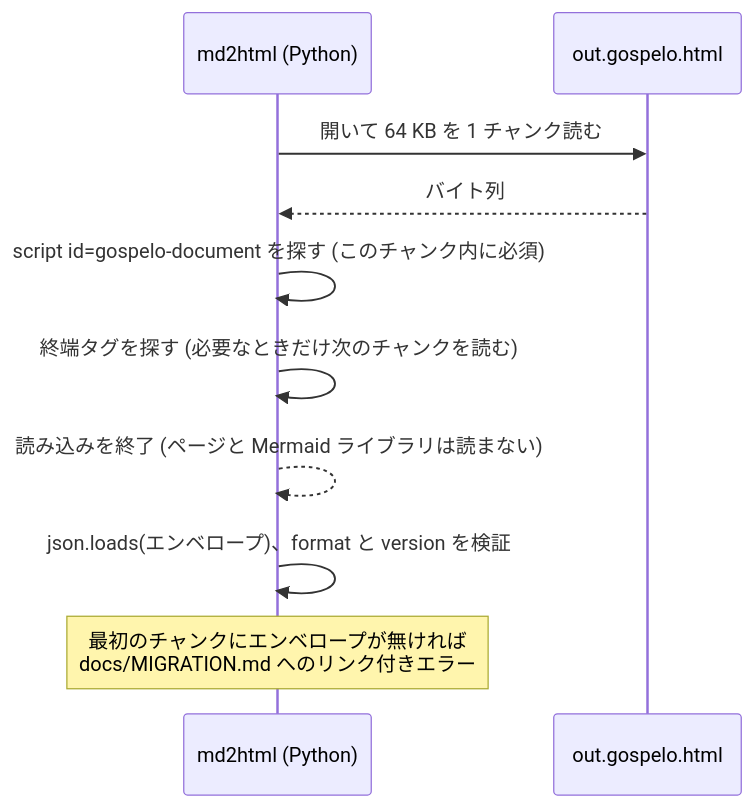
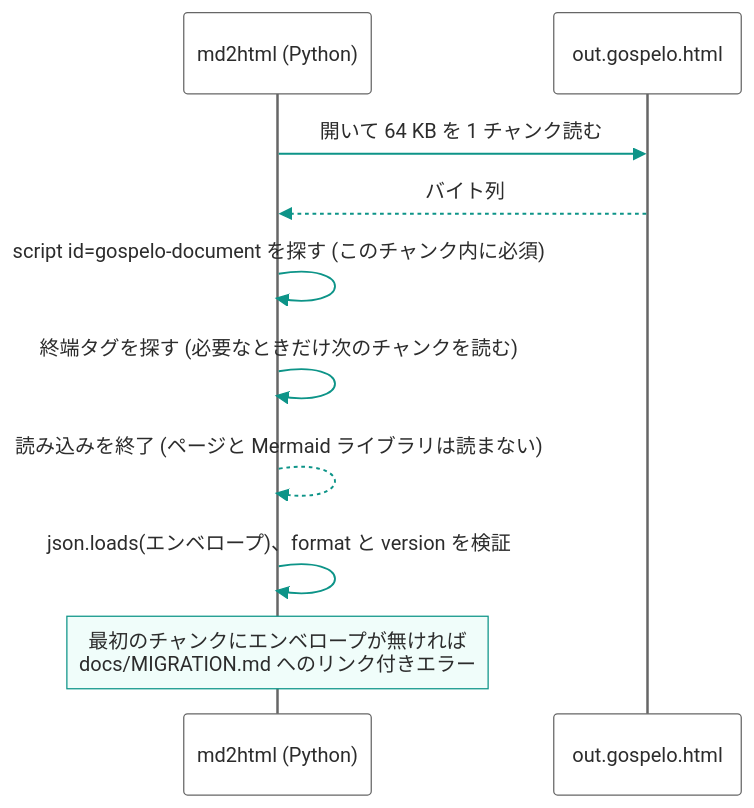
The fourth of 5 diagrams in docs/ARCHITECTURE_ja.md (gospelo-dev/md2html), drawn with Mermaid before and after one commit. The commit also changed other lines of this file and 1 other file, not shown here.

Commit message:
docs: apply the palette to the sequence diagrams in ARCHITECTURE (en/ja)

````diff
--- a/docs/ARCHITECTURE_ja.md
+++ b/docs/ARCHITECTURE_ja.md
@@ -135,13 +135,14 @@
 ```mermaid
+%%{init: {'theme': 'base', 'themeVariables': {'actorBkg': '#FFFFFF', 'actorBorder': '#666666', 'actorTextColor': '#2C2C2C', 'signalColor': '#0D9488', 'signalTextColor': '#2C2C2C', 'noteBkgColor': '#F0FDFA', 'noteBorderColor': '#0D9488', 'noteTextColor': '#2C2C2C', 'activationBkgColor': '#F8FAFC', 'activationBorderColor': '#94A3B8', 'loopTextColor': '#2C2C2C', 'labelBoxBkgColor': '#F0FDFA', 'labelBoxBorderColor': '#0D9488', 'labelTextColor': '#2C2C2C'}}}%%
 sequenceDiagram
     participant T as md2html (Python)
     participant F as out.gospelo.html
 
     T->>F: 開いて 64 KB を 1 チャンク読む
     F-->>T: バイト列
     T->>T: script id=gospelo-document を探す (このチャンク内に必須)
     T->>T: 終端タグを探す (必要なときだけ次のチャンクを読む)
     T-->>T: 読み込みを終了 (ページと Mermaid ライブラリは読まない)
     T->>T: json.loads(エンベロープ)、format と version を検証
     Note over T: 最初のチャンクにエンベロープが無ければ<br/>docs/MIGRATION.md へのリンク付きエラー
 ```
````
